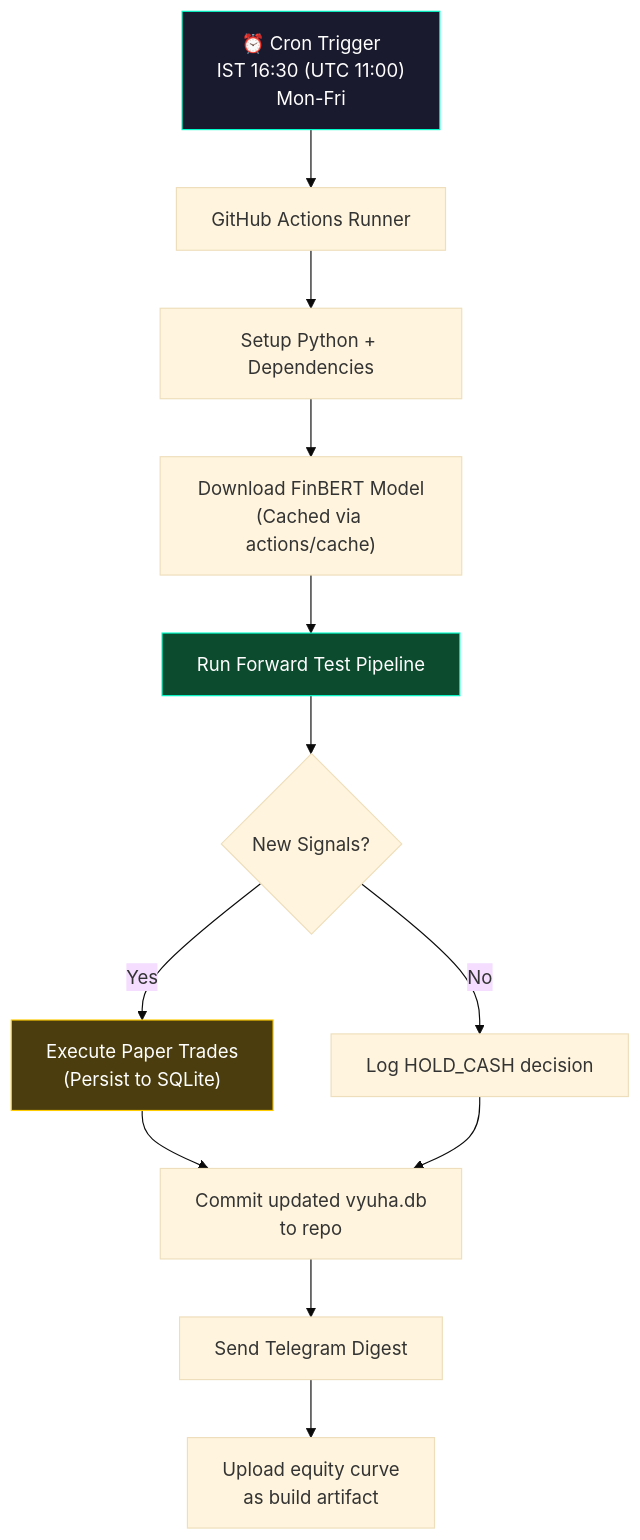
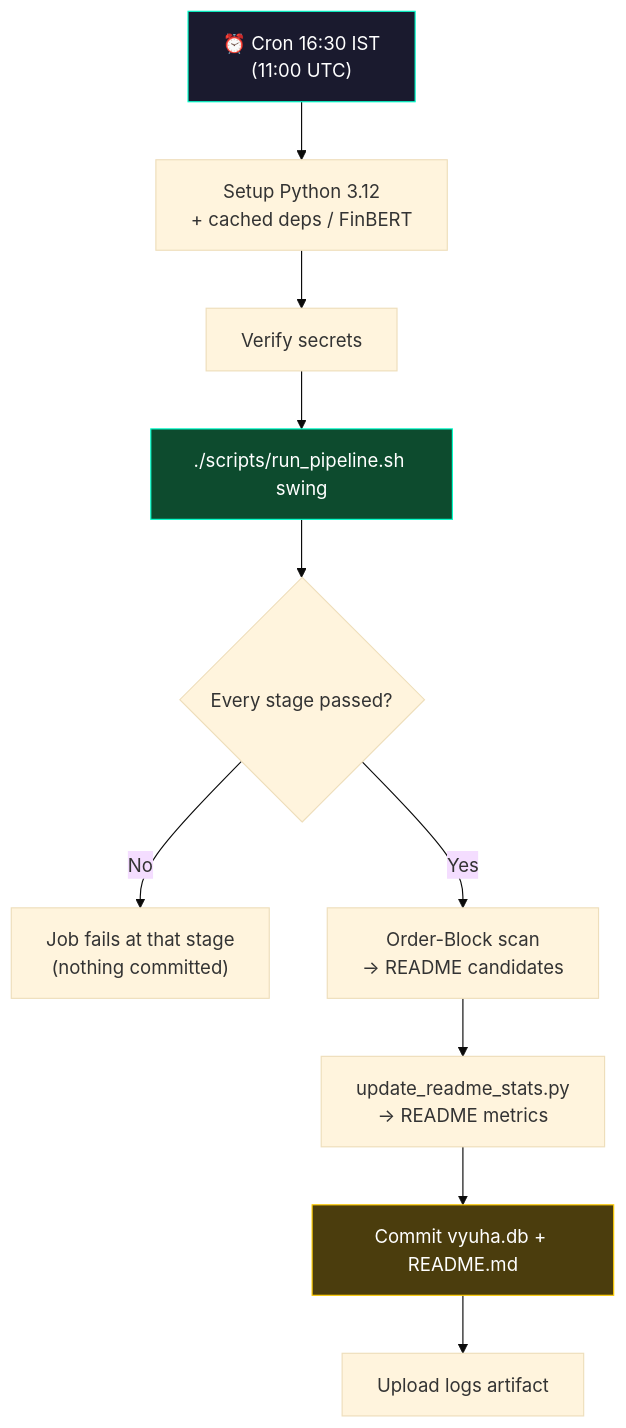
Before and after one commit to 10vulture1005/vyuha: the diagram in README.md, drawn with Mermaid (base theme). The commit also changed other lines of this file and 6 other files, not shown here.

````diff
--- a/README.md
+++ b/README.md
@@ -174,18 +187,16 @@
 ```mermaid
 flowchart TD
-    A["⏰ Cron Trigger<br/>IST 16:30 (UTC 11:00)<br/>Mon-Fri"] --> B["GitHub Actions Runner"]
-    B --> C["Setup Python + Dependencies"]
-    C --> D["Download FinBERT Model<br/>(Cached via actions/cache)"]
-    D --> E["Run Forward Test Pipeline"]
-    E --> F{"New Signals?"}
-    F -- Yes --> G["Execute Paper Trades<br/>(Persist to SQLite)"]
-    F -- No --> H["Log HOLD_CASH decision"]
-    G --> I["Commit updated vyuha.db<br/>to repo"]
-    H --> I
-    I --> J["Send Telegram Digest"]
-    J --> K["Upload equity curve<br/>as build artifact"]
+    A["⏰ Cron 16:30 IST<br/>(11:00 UTC)"] --> B["Setup Python 3.12<br/>+ cached deps / FinBERT"]
+    B --> C["Verify secrets"]
+    C --> D["./scripts/run_pipeline.sh swing"]
+    D --> E{"Every stage passed?"}
+    E -- No --> F["Job fails at that stage<br/>(nothing committed)"]
+    E -- Yes --> G["Order-Block scan<br/>→ README candidates"]
+    G --> H["update_readme_stats.py<br/>→ README metrics"]
+    H --> I["Commit vyuha.db + README.md"]
+    I --> J["Upload logs artifact"]
 
     style A fill:#1a1a2e,stroke:#00ffcc,color:#fff
-    style E fill:#0d4b2e,stroke:#00ffcc,color:#fff
-    style G fill:#4b3d0d,stroke:#ffcc00,color:#fff
+    style D fill:#0d4b2e,stroke:#00ffcc,color:#fff
+    style I fill:#4b3d0d,stroke:#ffcc00,color:#fff
 ```
````
